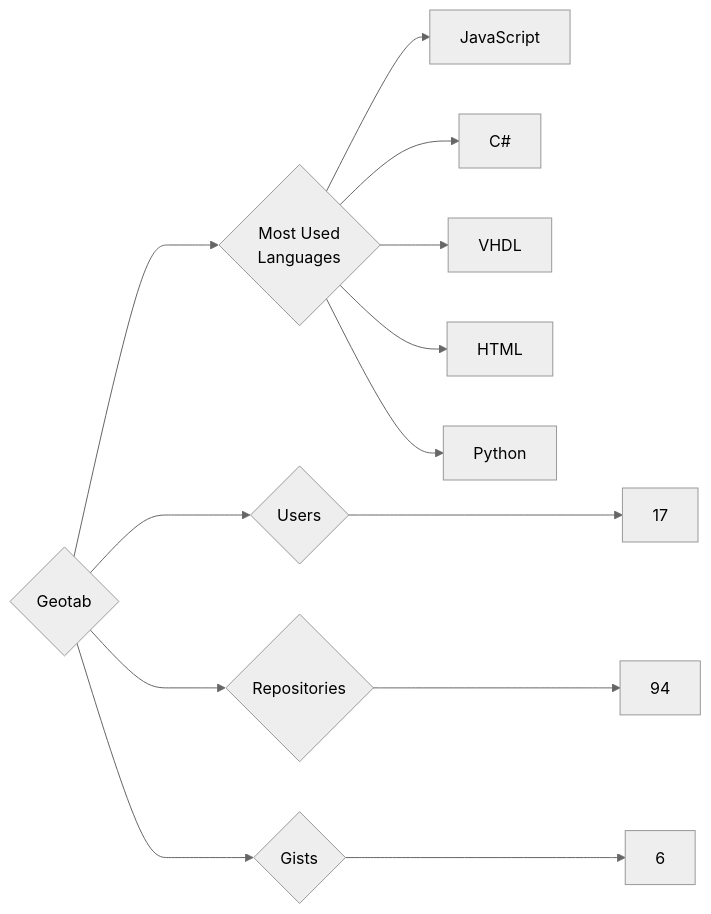
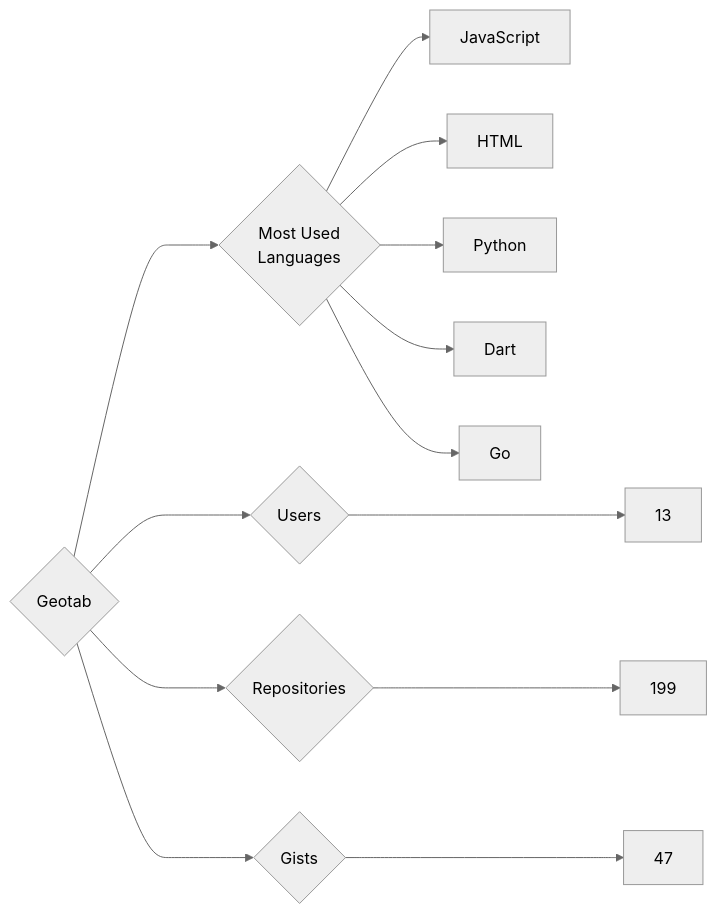
The diagram in targets/Geotab/README.md (trickest/insiders), drawn with Mermaid (neutral theme) before and after one commit. The commit also changed 872 other files, not shown here.

````diff
--- a/targets/Geotab/README.md
+++ b/targets/Geotab/README.md
@@ -3,13 +3,13 @@
 ```mermaid
 graph LR
 COMPANY_NAME{Geotab}
-COMPANY_NAME ---> U{Users} ---> UN[17]
-COMPANY_NAME ---> R{Repositories} ---> RN[94]
-COMPANY_NAME ---> G{Gists} ---> GN[6]
+COMPANY_NAME ---> U{Users} ---> UN[13]
+COMPANY_NAME ---> R{Repositories} ---> RN[199]
+COMPANY_NAME ---> G{Gists} ---> GN[47]
 COMPANY_NAME ---> ML{Most Used<br>Languages}
 ML --> JavaScript[JavaScript]
-ML --> C#[C#]
-ML --> VHDL[VHDL]
 ML --> HTML[HTML]
 ML --> Python[Python]
+ML --> Dart[Dart]
+ML --> Go[Go]
 ```
````
